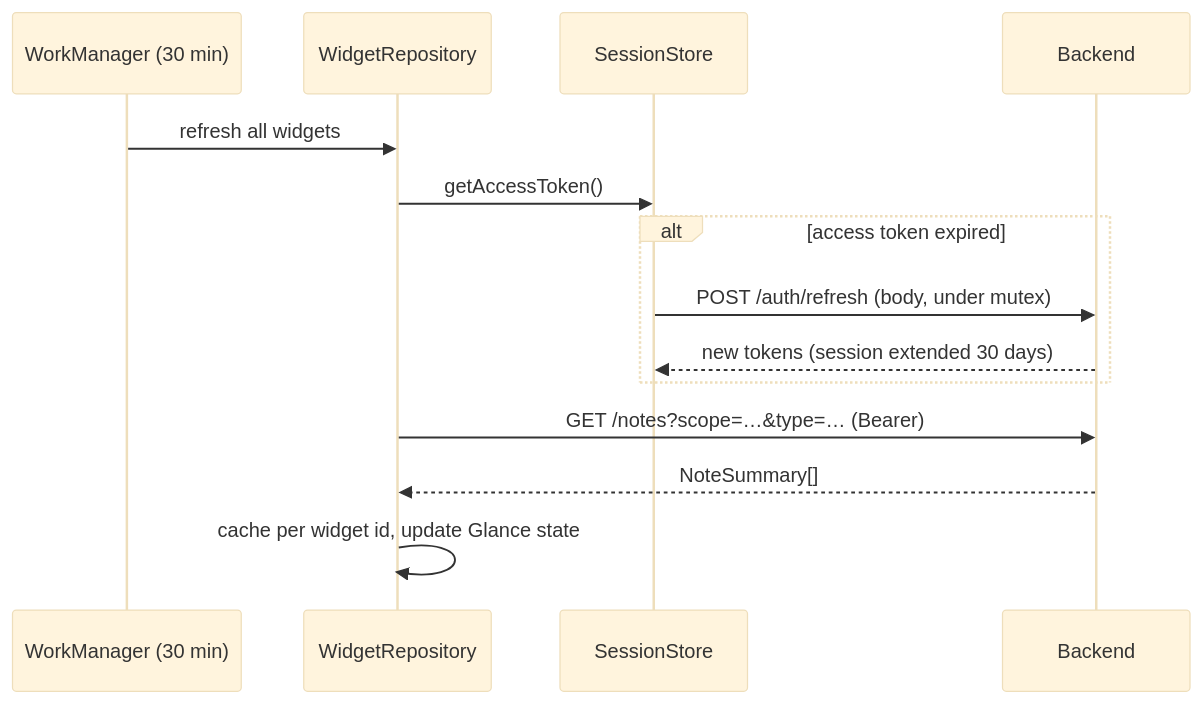
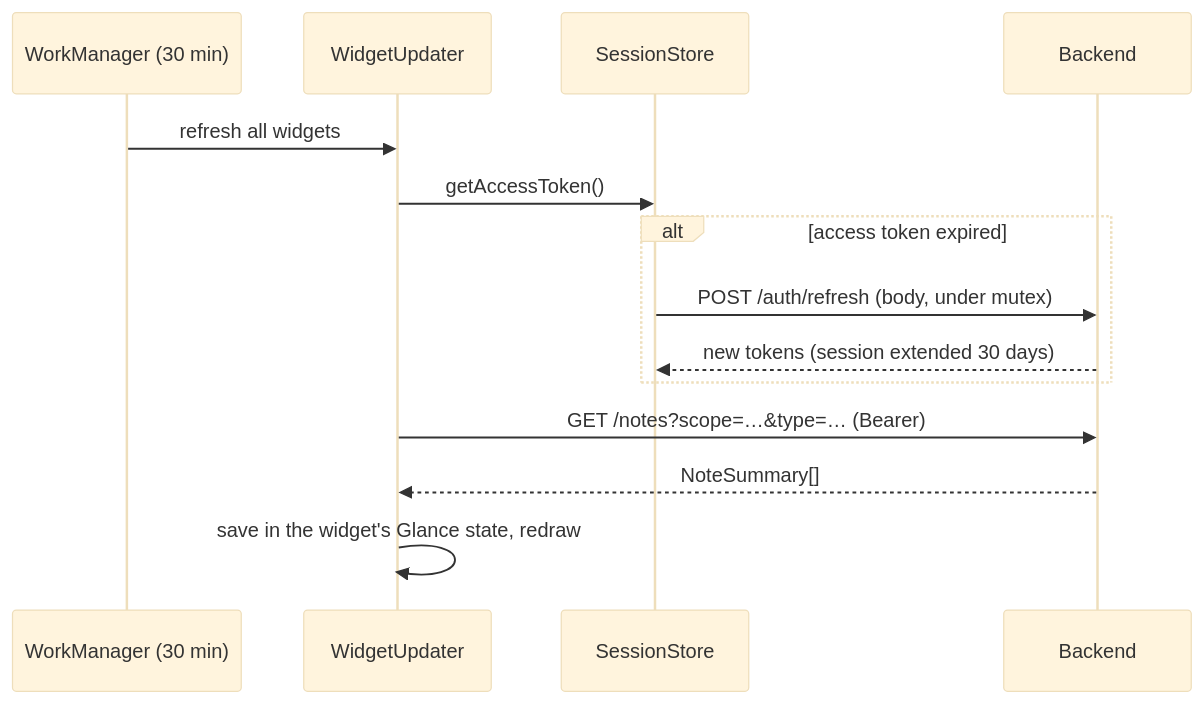
The third of 3 diagrams in docs/architecture.md (linklinsse/Self-Notes), drawn with Mermaid (base theme) before and after one commit. The commit also changed other lines of this file and 95 other files, not shown here.

````diff
--- a/docs/architecture.md
+++ b/docs/architecture.md
@@ -157,16 +162,16 @@
 ```mermaid
 sequenceDiagram
     participant WM as WorkManager (30 min)
-    participant R as WidgetRepository
+    participant R as WidgetUpdater
     participant S as SessionStore
     participant API as Backend
     WM->>R: refresh all widgets
     R->>S: getAccessToken()
     alt access token expired
         S->>API: POST /auth/refresh (body, under mutex)
         API-->>S: new tokens (session extended 30 days)
     end
     R->>API: GET /notes?scope=…&type=… (Bearer)
     API-->>R: NoteSummary[]
-    R->>R: cache per widget id, update Glance state
+    R->>R: save in the widget's Glance state, redraw
 ```
````
